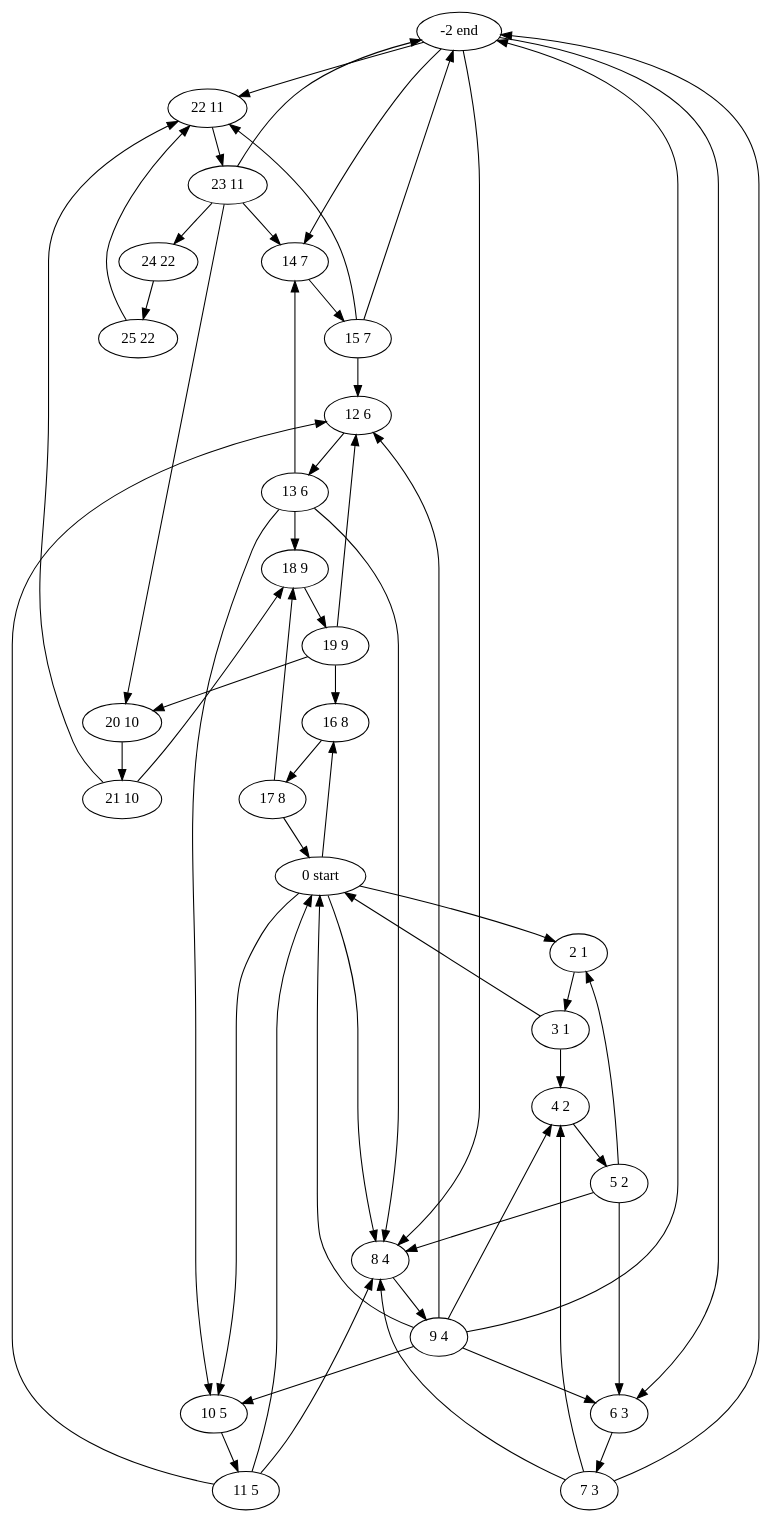
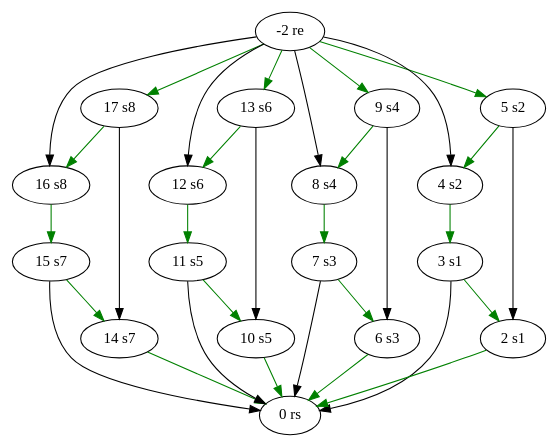
Before and after one commit to Xel4ek/lem_in: the diagram in 3.gv, drawn with Graphviz. The commit also changed 446 other files, not shown here.

```diff
--- a/3.gv
+++ b/3.gv
@@ -1,84 +1,52 @@
 digraph 3 {
-	"-2 end";
-	"25 22";
-	"24 22";
-	"23 11";
-	"22 11";
-	"21 10";
-	"20 10";
-	"19 9";
-	"18 9";
-	"17 8";
-	"16 8";
-	"15 7";
-	"14 7";
-	"13 6";
-	"12 6";
-	"11 5";
-	"10 5";
-	"9 4";
-	"8 4";
-	"7 3";
-	"6 3";
-	"5 2";
-	"4 2";
-	"3 1";
-	"2 1";
-	"0 start";
-	"7 3" -> "-2 end";
-	"9 4" -> "-2 end";
-	"15 7" -> "-2 end";
-	"23 11" -> "-2 end";
-	"24 22" -> "25 22";
-	"23 11" -> "24 22";
-	"22 11" -> "23 11";
-	"15 7" -> "22 11";
-	"21 10" -> "22 11";
-	"25 22" -> "22 11";
-	"-2 end" -> "22 11";
-	"20 10" -> "21 10";
-	"19 9" -> "20 10";
-	"23 11" -> "20 10";
-	"18 9" -> "19 9";
-	"13 6" -> "18 9";
-	"17 8" -> "18 9";
-	"21 10" -> "18 9";
-	"16 8" -> "17 8";
-	"0 start" -> "16 8";
-	"19 9" -> "16 8";
-	"14 7" -> "15 7";
-	"13 6" -> "14 7";
-	"23 11" -> "14 7";
-	"-2 end" -> "14 7";
-	"12 6" -> "13 6";
-	"9 4" -> "12 6";
-	"11 5" -> "12 6";
-	"19 9" -> "12 6";
-	"15 7" -> "12 6";
-	"10 5" -> "11 5";
-	"0 start" -> "10 5";
-	"9 4" -> "10 5";
-	"13 6" -> "10 5";
-	"8 4" -> "9 4";
-	"0 start" -> "8 4";
-	"5 2" -> "8 4";
-	"7 3" -> "8 4";
-	"13 6" -> "8 4";
-	"11 5" -> "8 4";
-	"-2 end" -> "8 4";
-	"6 3" -> "7 3";
-	"5 2" -> "6 3";
-	"9 4" -> "6 3";
-	"-2 end" -> "6 3";
-	"4 2" -> "5 2";
-	"3 1" -> "4 2";
-	"9 4" -> "4 2";
-	"7 3" -> "4 2";
-	"2 1" -> "3 1";
-	"0 start" -> "2 1";
-	"5 2" -> "2 1";
-	"17 8" -> "0 start";
-	"11 5" -> "0 start";
-	"9 4" -> "0 start";
-	"3 1" -> "0 start";
+	"-2 re";
+	"17 s8";
+	"16 s8";
+	"15 s7";
+	"14 s7";
+	"13 s6";
+	"12 s6";
+	"11 s5";
+	"10 s5";
+	"9 s4";
+	"8 s4";
+	"7 s3";
+	"6 s3";
+	"5 s2";
+	"4 s2";
+	"3 s1";
+	"2 s1";
+	"0 rs";
+	"-2 re" -> "16 s8";
+	"-2 re" -> "12 s6";
+	"-2 re" -> "8 s4";
+	"-2 re" -> "4 s2";
+	"-2 re" -> "5 s2" [dir = forward color = "green"];
+	"-2 re" -> "9 s4" [dir = forward color = "green"];
+	"-2 re" -> "13 s6" [dir = forward color = "green"];
+	"-2 re" -> "17 s8" [dir = forward color = "green"];
+	"17 s8" -> "16 s8" [dir = forward color = "green"];
+	"17 s8" -> "14 s7";
+	"16 s8" -> "15 s7" [dir = forward color = "green"];
+	"15 s7" -> "14 s7" [dir = forward color = "green"];
+	"15 s7" -> "0 rs";
+	"14 s7" -> "0 rs" [dir = forward color = "green"];
+	"13 s6" -> "12 s6" [dir = forward color = "green"];
+	"13 s6" -> "10 s5";
+	"12 s6" -> "11 s5" [dir = forward color = "green"];
+	"11 s5" -> "10 s5" [dir = forward color = "green"];
+	"11 s5" -> "0 rs";
+	"10 s5" -> "0 rs" [dir = forward color = "green"];
+	"9 s4" -> "8 s4" [dir = forward color = "green"];
+	"9 s4" -> "6 s3";
+	"8 s4" -> "7 s3" [dir = forward color = "green"];
+	"7 s3" -> "6 s3" [dir = forward color = "green"];
+	"7 s3" -> "0 rs";
+	"6 s3" -> "0 rs" [dir = forward color = "green"];
+	"5 s2" -> "4 s2" [dir = forward color = "green"];
+	"5 s2" -> "2 s1";
+	"4 s2" -> "3 s1" [dir = forward color = "green"];
+	"3 s1" -> "2 s1" [dir = forward color = "green"];
+	"3 s1" -> "0 rs";
+	"2 s1" -> "0 rs" [dir = forward color = "green"];
 	}
```
